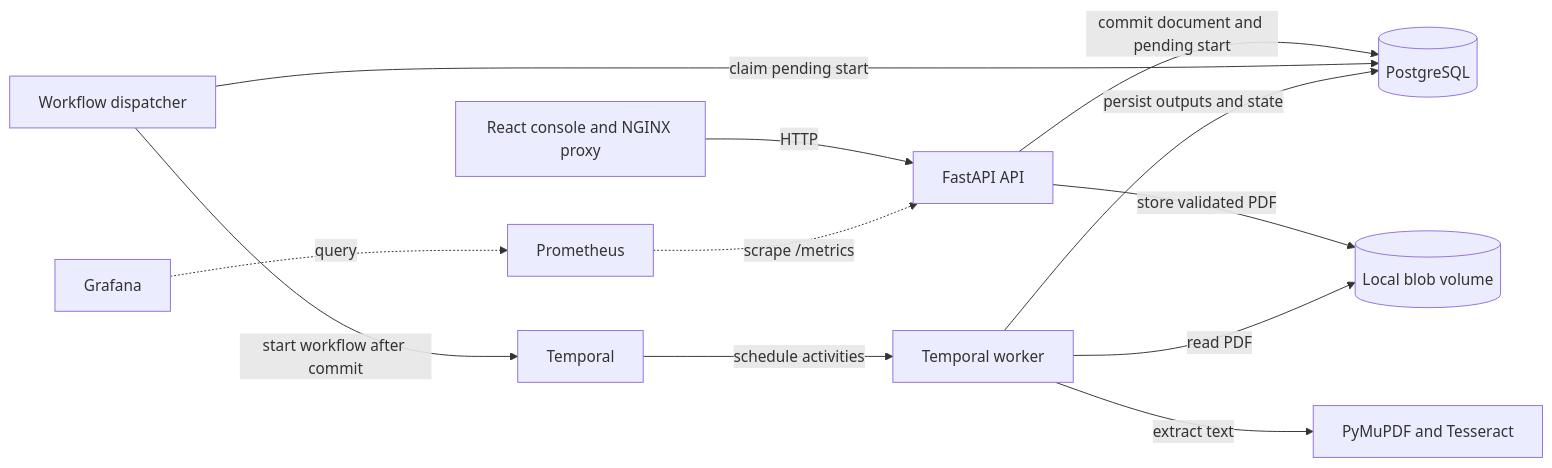
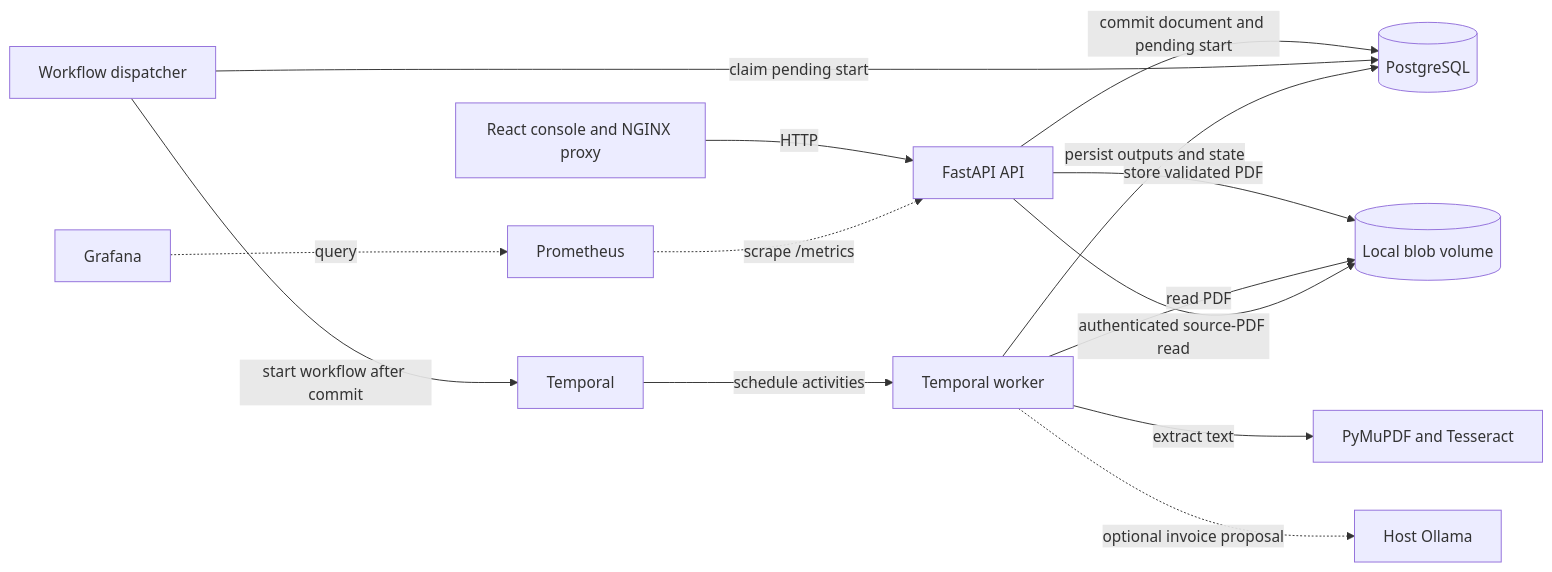
The first of 14 diagrams in docs/architecture.md (PietroRussoD/ai-document-processing-platform), drawn with Mermaid before and after one commit. The commit also changed other lines of this file and 7 other files, not shown here.

Commit message:
📝 Align documentation with implemented AI review flow

````diff
--- a/docs/architecture.md
+++ b/docs/architecture.md
@@ -16,14 +16,16 @@
 ```mermaid
 flowchart LR
     Console[React console and NGINX proxy] -->|HTTP| API[FastAPI API]
     API -->|commit document and pending start| PostgreSQL[(PostgreSQL)]
     API -->|store validated PDF| Storage[(Local blob volume)]
     Dispatcher[Workflow dispatcher] -->|claim pending start| PostgreSQL
     Dispatcher -->|start workflow after commit| Temporal[Temporal]
     Temporal -->|schedule activities| Worker[Temporal worker]
     Worker -->|read PDF| Storage
     Worker -->|persist outputs and state| PostgreSQL
     Worker -->|extract text| PDF[PyMuPDF and Tesseract]
+    Worker -.->|optional invoice proposal| Ollama[Host Ollama]
+    API -->|authenticated source-PDF read| Storage
     Prometheus[Prometheus] -.->|scrape /metrics| API
     Grafana[Grafana] -.->|query| Prometheus
 ```
````
